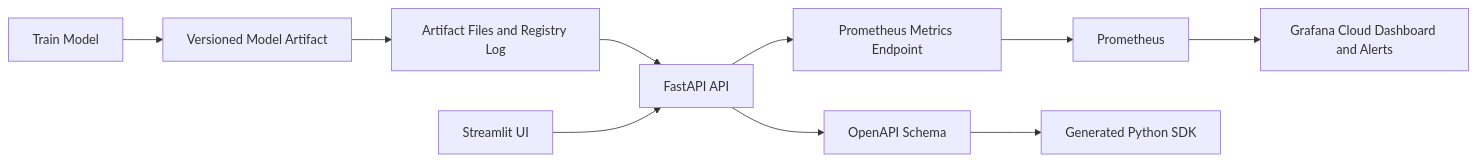
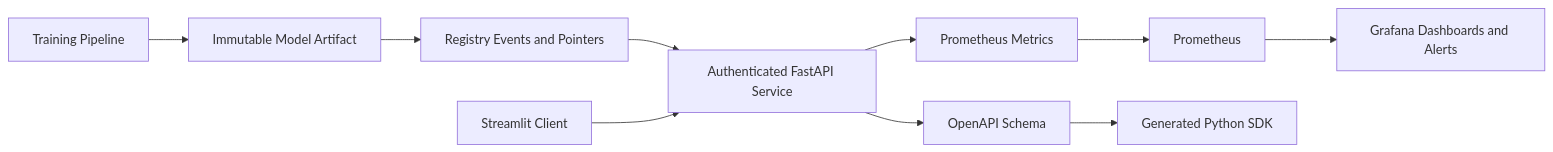
One commit to sepantakamali/E2EPRAIIP changed the diagram in README.md. Above: the diagram before and after it, drawn with Mermaid. The commit also changed other lines of this file and 17 other files, not shown here.

````diff
--- a/README.md
+++ b/README.md
@@ -37,12 +51,12 @@
 ```mermaid
 flowchart LR
-    Train[Train Model] --> Artifact[Versioned Model Artifact]
-    Artifact --> Registry[Artifact Files and Registry Log]
-    Registry --> API[FastAPI API]
-    UI[Streamlit UI] --> API
-    API --> Metrics[Prometheus Metrics Endpoint]
-    Metrics --> Prometheus[Prometheus]
-    Prometheus --> Grafana[Grafana Cloud Dashboard and Alerts]
+    Train[Training Pipeline] --> Artifact[Immutable Model Artifact]
+    Artifact --> Registry[Registry Events and Pointers]
+    Registry --> API[Authenticated FastAPI Service]
+    UI[Streamlit Client] --> API
+    API --> Metrics[Prometheus Metrics]
+    Metrics --> Prometheus
+    Prometheus --> Grafana[Grafana Dashboards and Alerts]
     API --> Schema[OpenAPI Schema]
     Schema --> SDK[Generated Python SDK]
 ```
````
